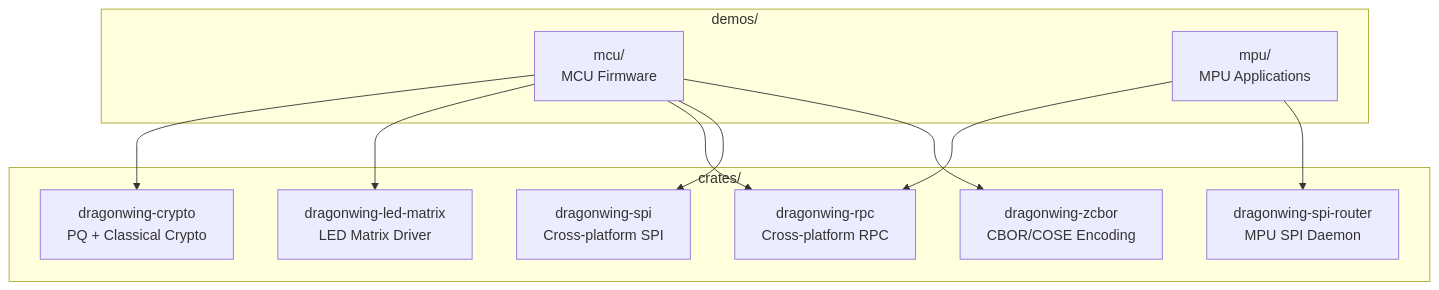
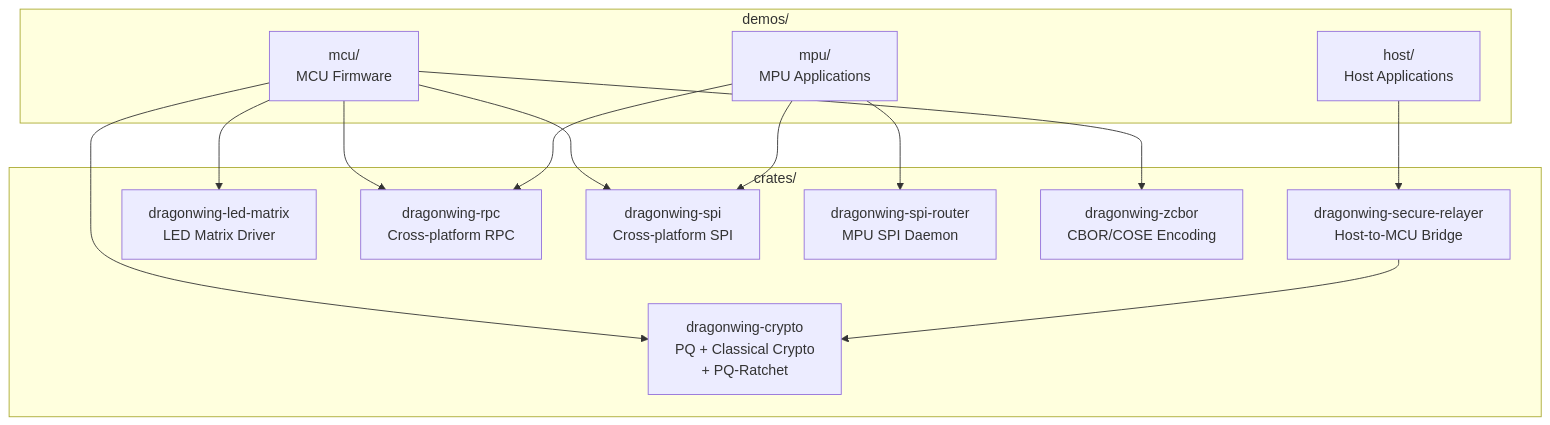
One commit to FeurJak/DragonWing-rs changed the third of 9 diagrams in docs/ARCHITECTURE.md. Above: the diagram before and after it, drawn with Mermaid. The commit also changed other lines of this file and 73 other files, not shown here.

````diff
--- a/docs/ARCHITECTURE.md
+++ b/docs/ARCHITECTURE.md
@@ -70,25 +70,31 @@
 ```mermaid
 graph TB
     subgraph Crates["crates/"]
-        crypto["dragonwing-crypto<br/>PQ + Classical Crypto"]
+        crypto["dragonwing-crypto<br/>PQ + Classical Crypto<br/>+ PQ-Ratchet"]
+        relayer["dragonwing-secure-relayer<br/>Host-to-MCU Bridge"]
         led["dragonwing-led-matrix<br/>LED Matrix Driver"]
         rpc["dragonwing-rpc<br/>Cross-platform RPC"]
         spi["dragonwing-spi<br/>Cross-platform SPI"]
         router["dragonwing-spi-router<br/>MPU SPI Daemon"]
         zcbor["dragonwing-zcbor<br/>CBOR/COSE Encoding"]
     end
     
     subgraph Demos["demos/"]
         mcu["mcu/<br/>MCU Firmware"]
         mpu["mpu/<br/>MPU Applications"]
+        host["host/<br/>Host Applications"]
     end
     
     mcu --> crypto
     mcu --> led
     mcu --> rpc
     mcu --> spi
     mcu --> zcbor
     
     mpu --> rpc
     mpu --> router
+    mpu --> spi
+    
+    host --> relayer
+    relayer --> crypto
 ```
````
